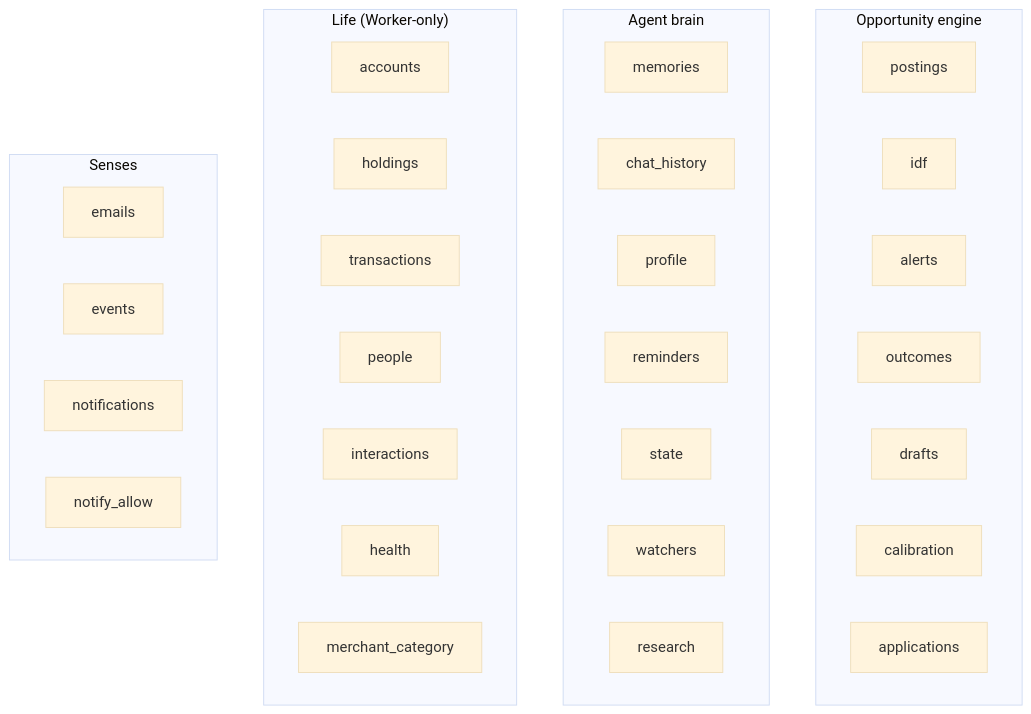
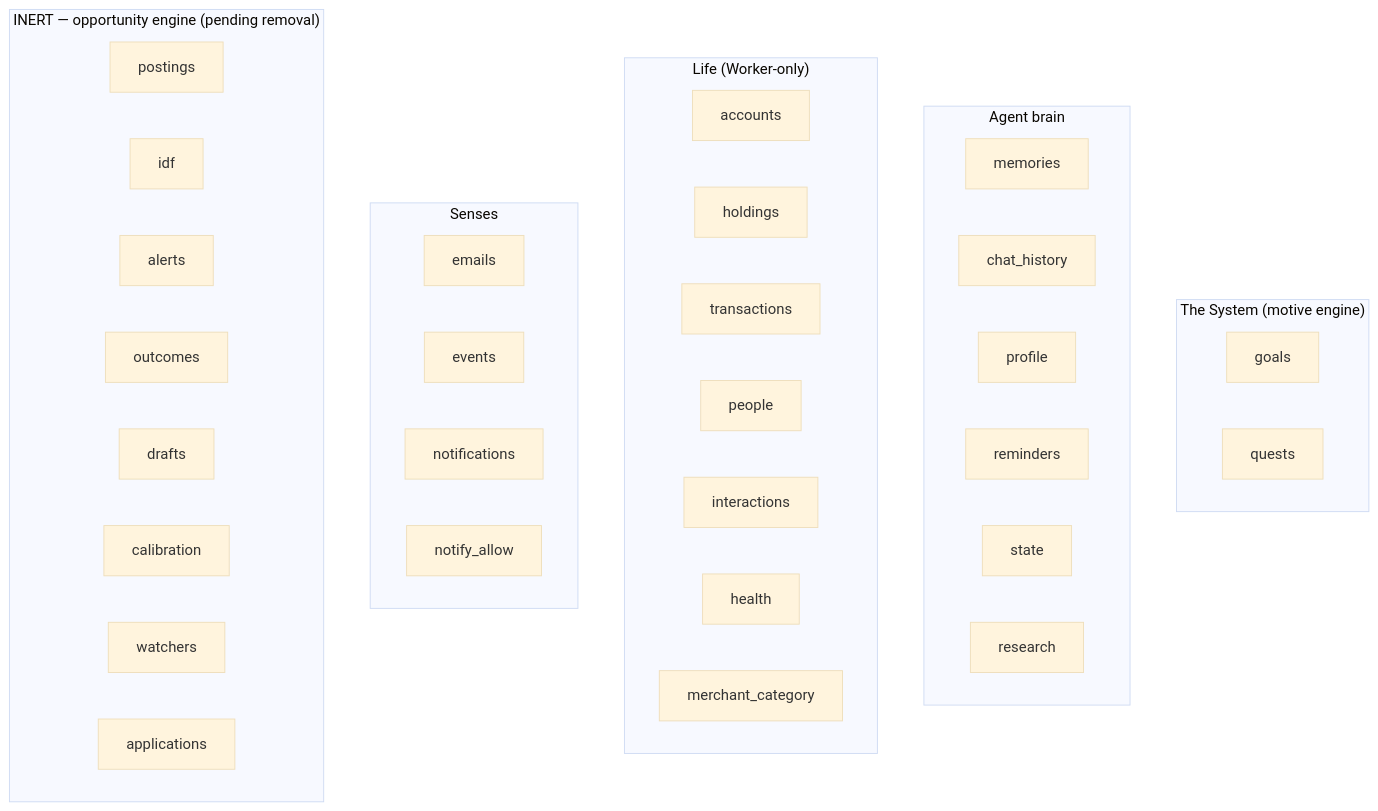
One commit to saquibjawedbit/grabber changed the first of 2 diagrams in docs/02-data-model.md. Above: the diagram before and after it, drawn with Mermaid (base theme). The commit also changed other lines of this file and 25 other files, not shown here.

````diff
--- a/docs/02-data-model.md
+++ b/docs/02-data-model.md
@@ -16,15 +21,18 @@
 ```mermaid
 flowchart TB
-  subgraph opp["Opportunity engine"]
-    postings; idf; alerts; outcomes; drafts; calibration; applications
+  subgraph system["The System (motive engine)"]
+    goals; quests
   end
   subgraph brain["Agent brain"]
-    memories; chat_history; profile; reminders; state; watchers; research
+    memories; chat_history; profile; reminders; state; research
   end
   subgraph life["Life (Worker-only)"]
     accounts; holdings; transactions; people; interactions; health; merchant_category
   end
   subgraph senses["Senses"]
     emails; events; notifications; notify_allow
   end
+  subgraph dead["INERT — opportunity engine (pending removal)"]
+    postings; idf; alerts; outcomes; drafts; calibration; watchers; applications
+  end
 ```
````
